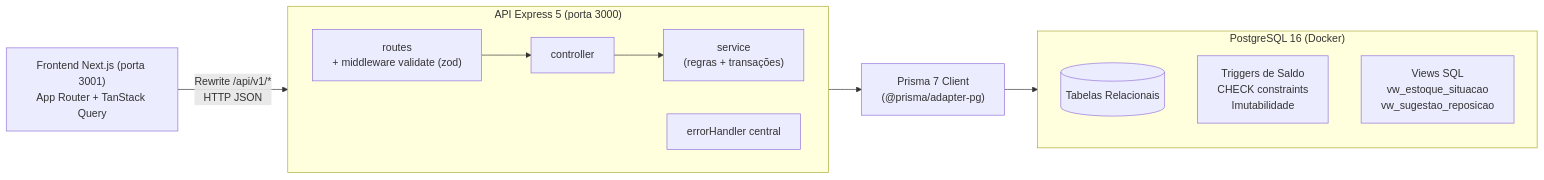
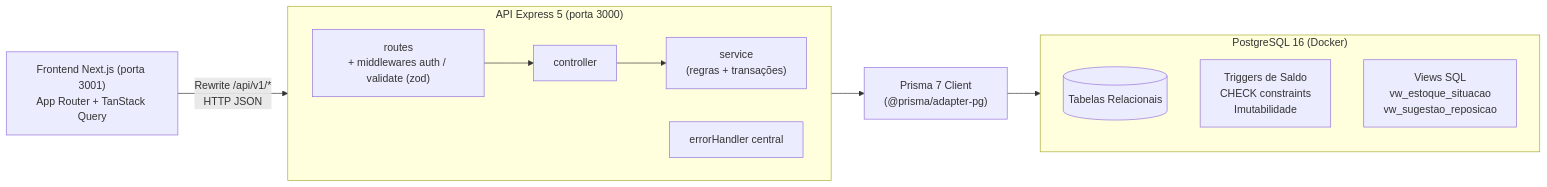
One commit to Micael-Dombroski/EstoquesArduinoDelfes changed the first of 4 diagrams in docs/arquitetura.md. Above: the diagram before and after it, drawn with Mermaid. The commit also changed other lines of this file and 20 other files, not shown here.

````diff
--- a/docs/arquitetura.md
+++ b/docs/arquitetura.md
@@ -53,19 +59,19 @@
 ```mermaid
 flowchart LR
   F["Frontend Next.js (porta 3001)<br>App Router + TanStack Query"] -->|"Rewrite /api/v1/*<br>HTTP JSON"| R
 
   subgraph API ["API Express 5 (porta 3000)"]
     direction LR
-    R["routes<br>+ middleware validate (zod)"] --> C["controller"] --> S["service<br>(regras + transações)"]
+    R["routes<br>+ middlewares auth / validate (zod)"] --> C["controller"] --> S["service<br>(regras + transações)"]
     EH["errorHandler central"]
   end
 
   S --> P["Prisma 7 Client<br>(@prisma/adapter-pg)"]
   P --> DB
 
   subgraph DB ["PostgreSQL 16 (Docker)"]
     T[("Tabelas Relacionais")]
     TR["Triggers de Saldo<br>CHECK constraints<br>Imutabilidade"]
     V["Views SQL<br>vw_estoque_situacao<br>vw_sugestao_reposicao"]
   end
 ```
````
